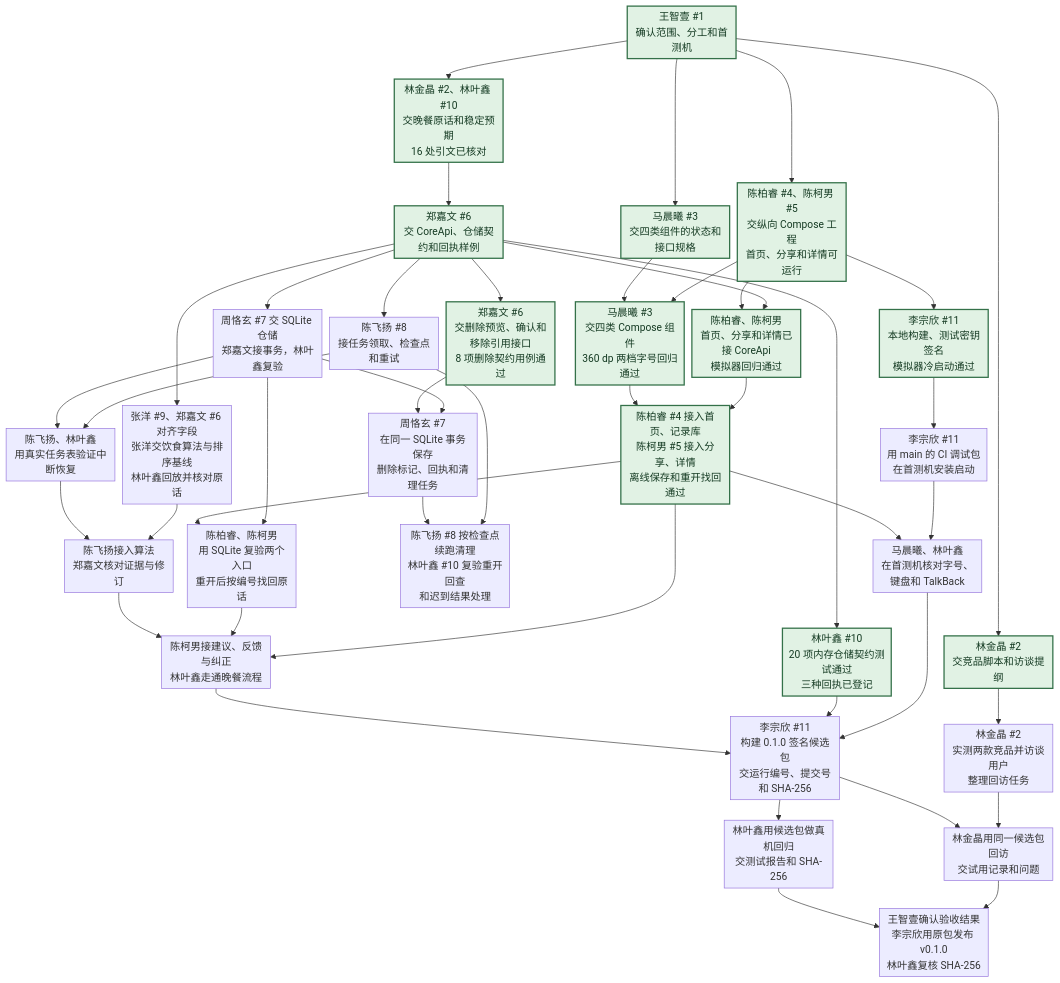
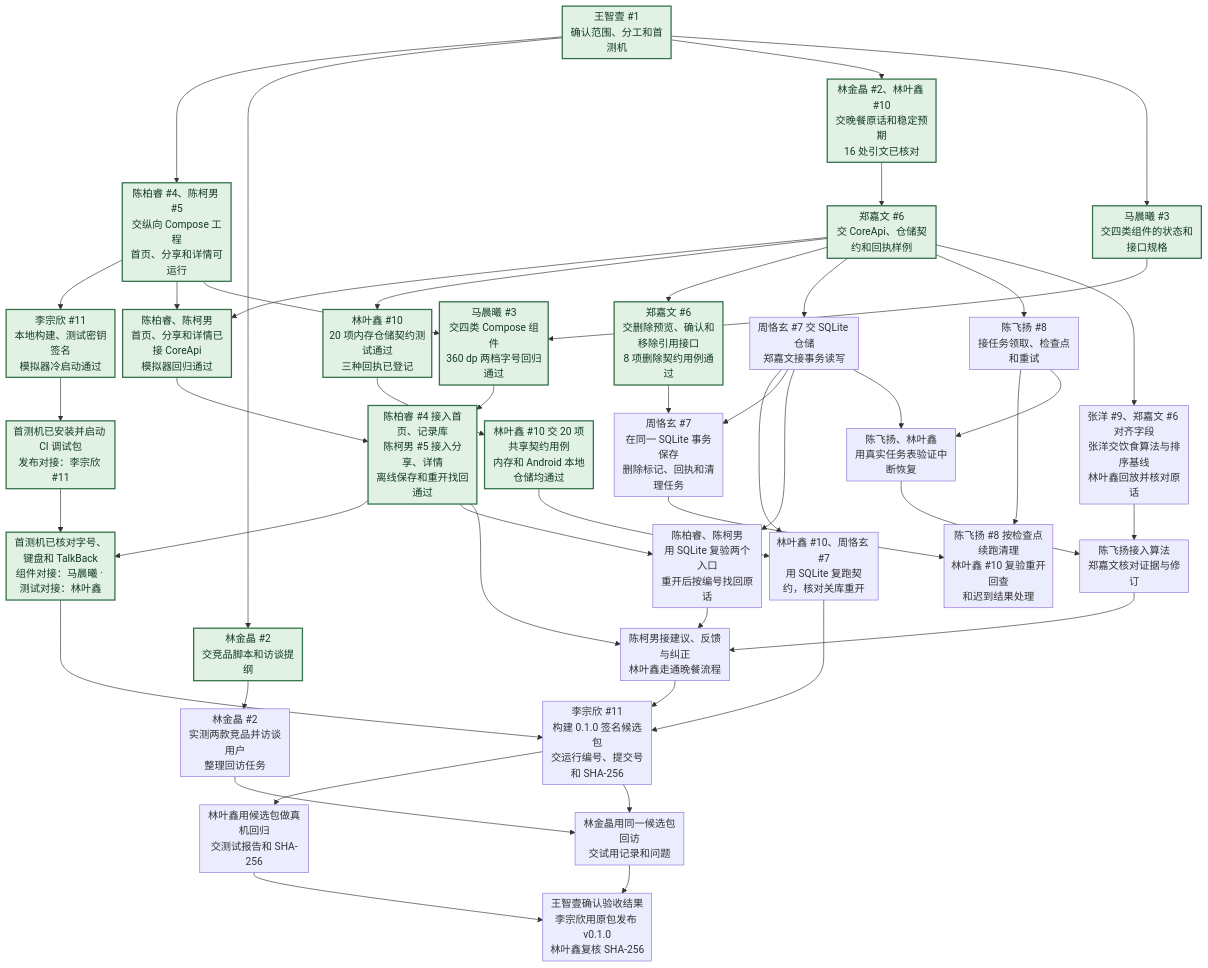
The diagram in homework/team/task8/plan.md (155TuT/2601-fzu-SoftwareEngineering-YuezhongWu), drawn with Mermaid before and after one commit. The commit also changed other lines of this file, not shown here.

Commit message:
docs(task8): mark in plan.md

````diff
--- a/homework/team/task8/plan.md
+++ b/homework/team/task8/plan.md
@@ -58,53 +58,56 @@
 ```mermaid
 %%{init: {"flowchart": {"nodeSpacing": 12, "rankSpacing": 32, "padding": 5, "wrappingWidth": 150}}}%%
 flowchart TD
     accTitle: PebblePile Android v0.1.0 工作依赖
     claim["王智壹 #1<br/>确认范围、分工和首测机"]:::ready
     claim --> project["陈柏睿 #4、陈柯男 #5<br/>交纵向 Compose 工程<br/>首页、分享和详情可运行"]:::ready
     claim --> prep["林金晶 #2<br/>交竞品脚本和访谈提纲"]:::ready
     claim --> sample["林金晶 #2、林叶鑫 #10<br/>交晚餐原话和稳定预期<br/>16 处引文已核对"]:::ready
     claim --> spec["马晨曦 #3<br/>交四类组件的状态和接口规格"]:::ready
 
     project --> build["李宗欣 #11<br/>本地构建、测试密钥签名<br/>模拟器冷启动通过"]:::ready
-    build --> device["李宗欣 #11<br/>用 main 的 CI 调试包<br/>在首测机安装启动"]
+    build --> device["首测机已安装并启动 CI 调试包<br/>发布对接：李宗欣 #11"]:::ready
     sample --> api["郑嘉文 #6<br/>交 CoreApi、仓储契约和回执样例"]:::ready
     project --> pages["陈柏睿、陈柯男<br/>首页、分享和详情已接 CoreApi<br/>模拟器回归通过"]:::ready
     api --> pages
     api --> tests["林叶鑫 #10<br/>20 项内存仓储契约测试通过<br/>三种回执已登记"]:::ready
+    tests --> suite["林叶鑫 #10 交 20 项共享契约用例<br/>内存和 Android 本地仓储均通过"]:::ready
     spec --> kit["马晨曦 #3<br/>交四类 Compose 组件<br/>360 dp 两档字号回归通过"]:::ready
     project --> kit
     kit --> components["陈柏睿 #4 接入首页、记录库<br/>陈柯男 #5 接入分享、详情<br/>离线保存和重开找回通过"]:::ready
     pages --> components
-    components --> componentDevice["马晨曦、林叶鑫<br/>在首测机核对字号、键盘和 TalkBack"]
+    components --> componentDevice["首测机已核对字号、键盘和 TalkBack<br/>组件对接：马晨曦 · 测试对接：林叶鑫"]:::ready
     device --> componentDevice
     prep --> research["林金晶 #2<br/>实测两款竞品并访谈用户<br/>整理回访任务"]
 
     api --> deletion["郑嘉文 #6<br/>交删除预览、确认和移除引用接口<br/>8 项删除契约用例通过"]:::ready
-    api --> db["周恪玄 #7 交 SQLite 仓储<br/>郑嘉文接事务，林叶鑫复验"]
+    api --> db["周恪玄 #7 交 SQLite 仓储<br/>郑嘉文接事务读写"]
+    db --> sqliteTests["林叶鑫 #10、周恪玄 #7<br/>用 SQLite 复跑契约，核对关库重开"]
+    suite --> sqliteTests
     deletion --> deletionDb["周恪玄 #7<br/>在同一 SQLite 事务保存<br/>删除标记、回执和清理任务"]
     db --> deletionDb
     components --> entries["陈柏睿、陈柯男<br/>用 SQLite 复验两个入口<br/>重开后按编号找回原话"]
     db --> entries
     api --> jobs["陈飞扬 #8<br/>接任务领取、检查点和重试"]
     deletionDb --> cleanup["陈飞扬 #8 按检查点续跑清理<br/>林叶鑫 #10 复验重开回查<br/>和迟到结果处理"]
     jobs --> cleanup
     db --> recover["陈飞扬、林叶鑫<br/>用真实任务表验证中断恢复"]
     jobs --> recover
     api --> algorithm["张洋 #9、郑嘉文 #6 对齐字段<br/>张洋交饮食算法与排序基线<br/>林叶鑫回放并核对原话"]
     recover --> integration["陈飞扬接入算法<br/>郑嘉文核对证据与修订"]
     algorithm --> integration
     integration --> dinner["陈柯男接建议、反馈与纠正<br/>林叶鑫走通晚餐流程"]
     entries --> dinner
     components --> dinner
 
     dinner --> candidate["李宗欣 #11<br/>构建 0.1.0 签名候选包<br/>交运行编号、提交号和 SHA-256"]
-    tests --> candidate
+    sqliteTests --> candidate
     componentDevice --> candidate
     candidate --> qa["林叶鑫用候选包做真机回归<br/>交测试报告和 SHA-256"]
     candidate --> trial["林金晶用同一候选包回访<br/>交试用记录和问题"]
     research --> trial
     qa --> release["王智壹确认验收结果<br/>李宗欣用原包发布 v0.1.0<br/>林叶鑫复核 SHA-256"]
     trial --> release
 
     classDef ready fill:#e1f2e4,stroke:#347149,color:#143a22,stroke-width:2px
 ```
````
